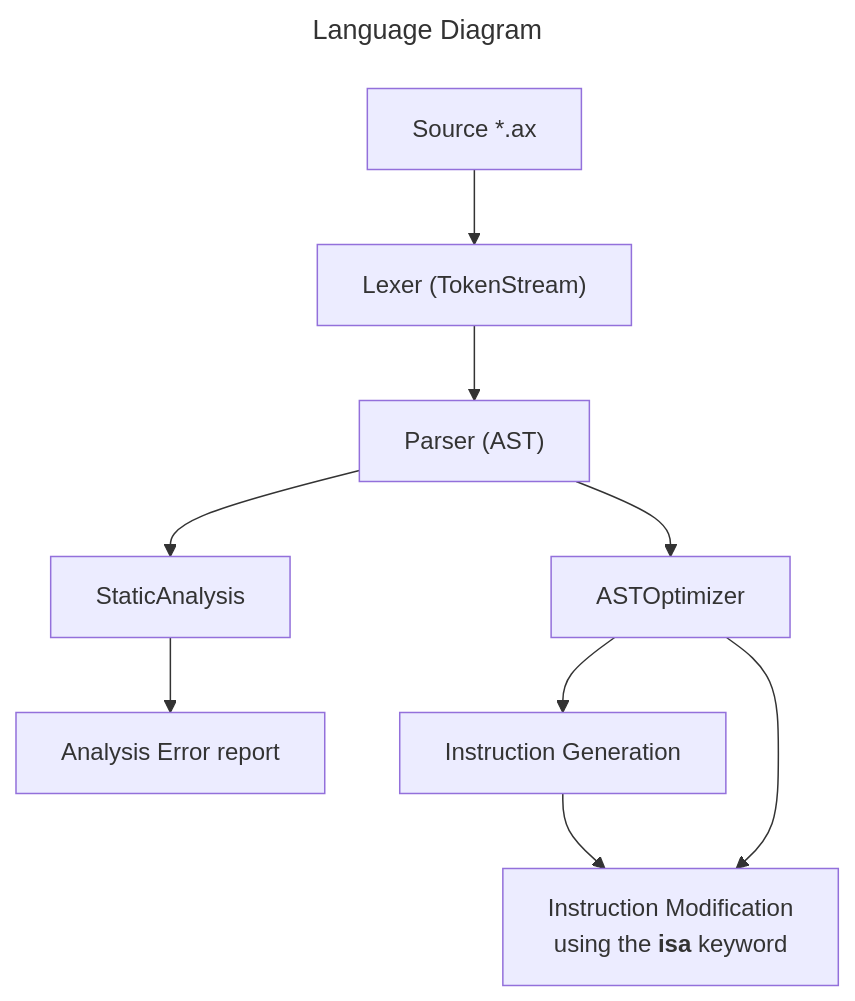
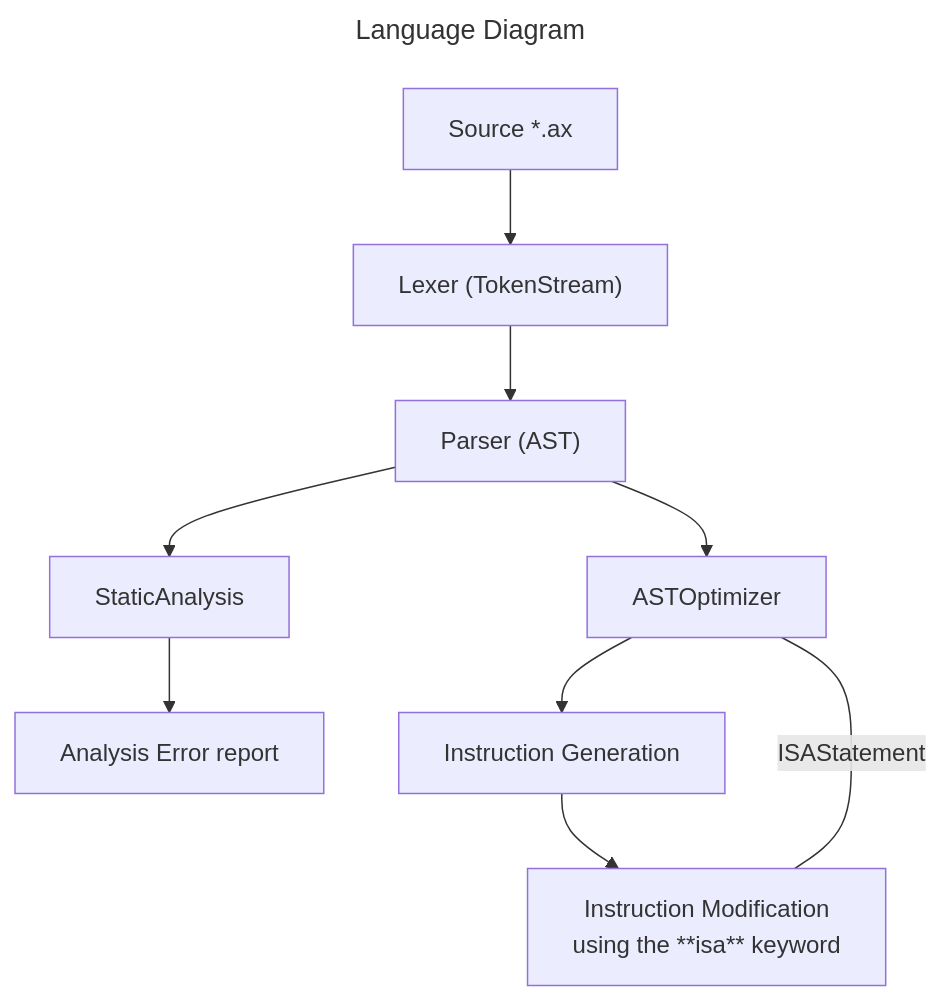
One commit to u64lisa/axiol-language changed the diagram in README.MD. Above: the diagram before and after it, drawn with Mermaid.

````diff
--- a/README.MD
+++ b/README.MD
@@ -15,24 +15,24 @@
 ```mermaid
 ---
 title: Language Diagram
 ---
 graph TD;
     source["Source *.ax"]
     lexer["Lexer (TokenStream)"]
     source --> lexer
     parser["Parser (AST)"]
     lexer --> parser
     analysis["StaticAnalysis"]
     error_stage_1["Analysis Error report"]
     analysis --> error_stage_1
     optimising["ASTOptimizer"]
     parser --> analysis
     parser --> optimising    
     instructionGen["Instruction Generation"]
     optimising --> instructionGen
-    instructionModification["`Instruction Modification
-    using the **isa** keyword`"]
+    instructionModification["Instruction Modification
+    using the **isa** keyword"]
     instructionGen --> instructionModification
-    optimising --> instructionModification
+    optimising-- ISAStatement ---instructionModification
     
 ```
````
